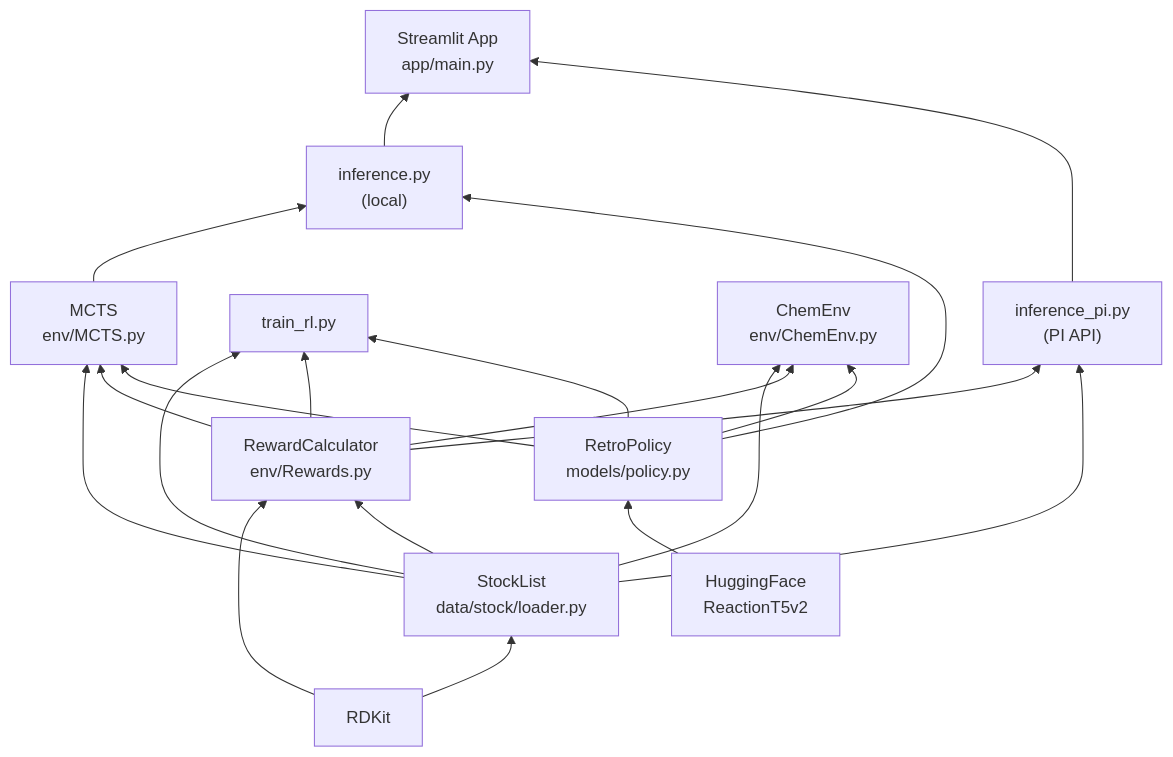
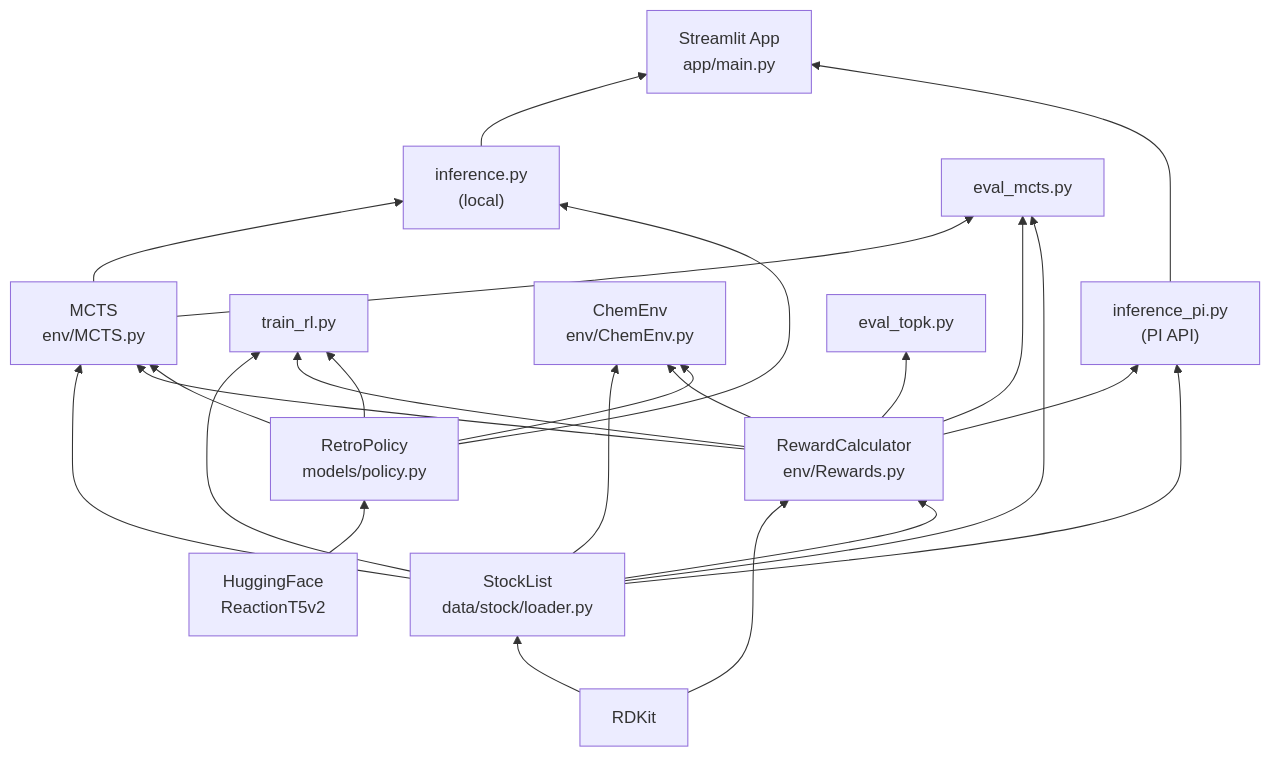
Before and after one commit to Rhoahndur/RL_RetroSynthesis: the sixth of 8 diagrams in ARCHITECTURE.md, drawn with Mermaid. The commit also changed other lines of this file, not shown here.

Commit message:
update architecture doc

````diff
--- a/ARCHITECTURE.md
+++ b/ARCHITECTURE.md
@@ -222,28 +244,33 @@
 ```mermaid
 graph BT
     RDKIT["RDKit"] --> STOCK["StockList<br/>data/stock/loader.py"]
     RDKIT --> REWARD["RewardCalculator<br/>env/Rewards.py"]
     HF["HuggingFace<br/>ReactionT5v2"] --> POLICY["RetroPolicy<br/>models/policy.py"]
 
     STOCK --> REWARD
     STOCK --> MCTS["MCTS<br/>env/MCTS.py"]
     STOCK --> TRAIN["train_rl.py"]
     STOCK --> ENV["ChemEnv<br/>env/ChemEnv.py"]
 
     REWARD --> MCTS
     REWARD --> TRAIN
     REWARD --> ENV
 
     POLICY --> MCTS
     POLICY --> TRAIN
     POLICY --> ENV
 
     MCTS --> INF["inference.py<br/>(local)"]
     POLICY --> INF
 
     REWARD --> INF_PI["inference_pi.py<br/>(PI API)"]
     STOCK --> INF_PI
 
     INF --> APP["Streamlit App<br/>app/main.py"]
     INF_PI --> APP
+
+    REWARD --> EVAL_TK["eval_topk.py"]
+    MCTS --> EVAL_MC["eval_mcts.py"]
+    REWARD --> EVAL_MC
+    STOCK --> EVAL_MC
 ```
````
